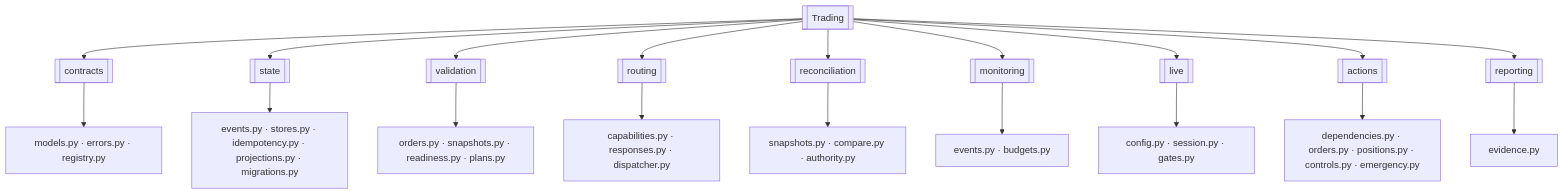
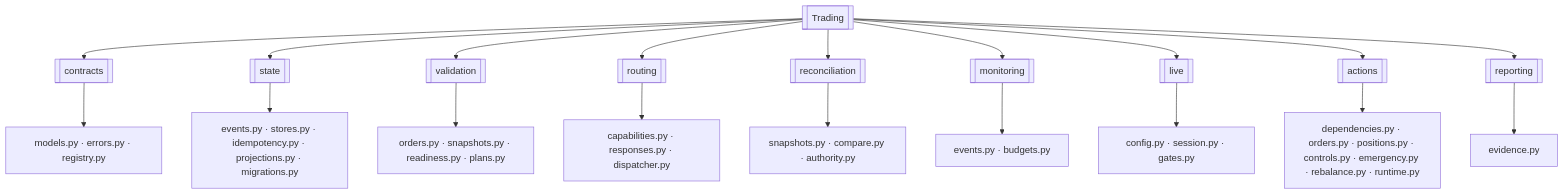
One commit to haruperi/HaruQuantAI changed the first of 3 diagrams in app/services/trading/README.md. Above: the diagram before and after it, drawn with Mermaid. The commit also changed other lines of this file and 93 other files, not shown here.

````diff
--- a/app/services/trading/README.md
+++ b/app/services/trading/README.md
@@ -112,23 +118,23 @@
 ```mermaid
 flowchart TD
     TRD[[Trading]]
     TRD --> CON[[contracts]]
     TRD --> STA[[state]]
     TRD --> VAL[[validation]]
     TRD --> ROU[[routing]]
     TRD --> REC[[reconciliation]]
     TRD --> MON[[monitoring]]
     TRD --> LIV[[live]]
     TRD --> ACT[[actions]]
     TRD --> REP[[reporting]]
 
     CON --> CONFILES[models.py · errors.py · registry.py]
     STA --> STAFILES[events.py · stores.py · idempotency.py · projections.py · migrations.py]
     VAL --> VALFILES[orders.py · snapshots.py · readiness.py · plans.py]
     ROU --> ROUFILES[capabilities.py · responses.py · dispatcher.py]
     REC --> RECFILES[snapshots.py · compare.py · authority.py]
     MON --> MONFILES[events.py · budgets.py]
     LIV --> LIVFILES[config.py · session.py · gates.py]
-    ACT --> ACTFILES[dependencies.py · orders.py · positions.py · controls.py · emergency.py]
+    ACT --> ACTFILES[dependencies.py · orders.py · positions.py · controls.py · emergency.py · rebalance.py · runtime.py]
     REP --> REPFILES[evidence.py]
 ```
````
